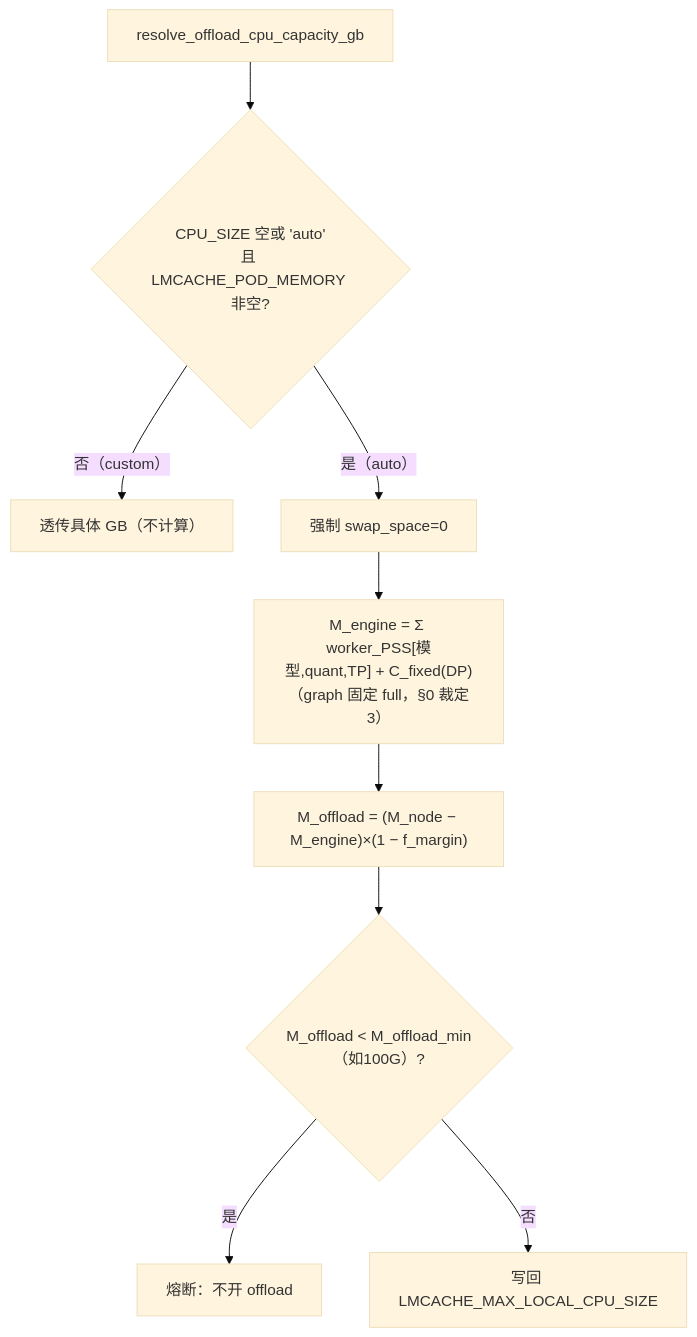
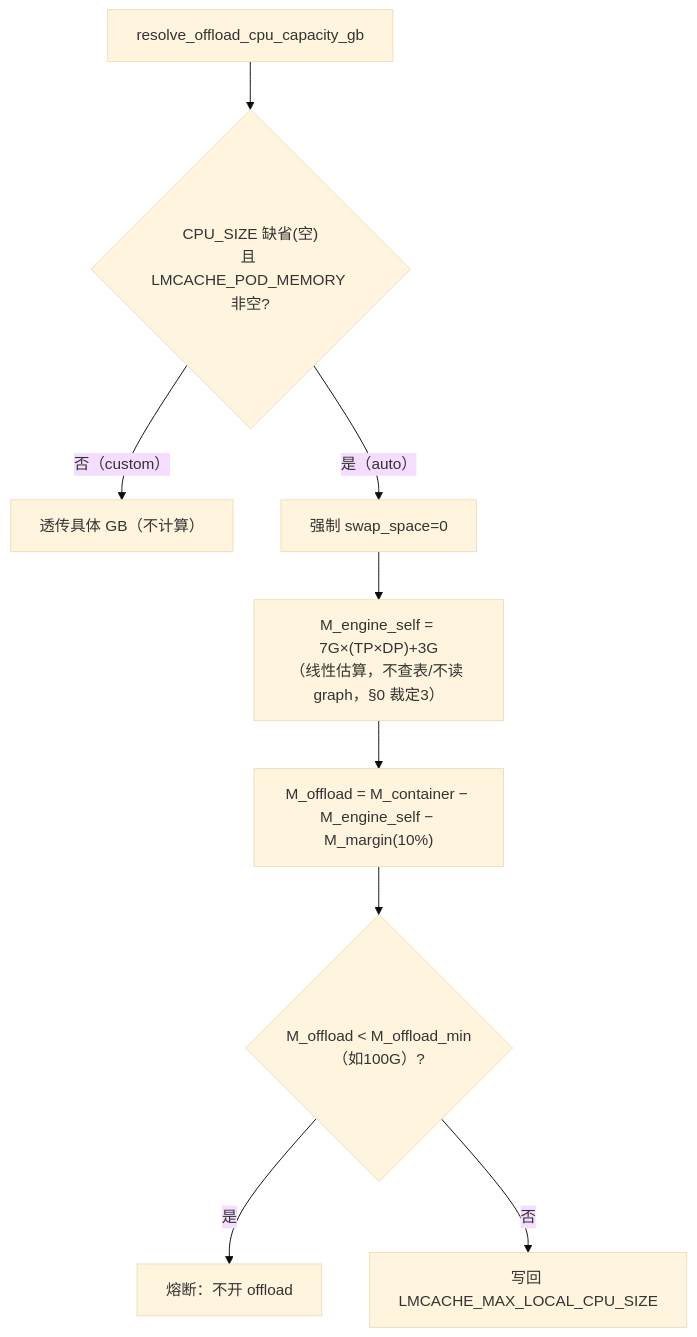
The sixth of 20 diagrams in xuqiu/smart/需求一-三特性使能.md (thegodloy-jpg/wings-control), drawn with Mermaid (base theme) before and after one commit. The commit also changed other lines of this file, not shown here.

First line of the commit message:
docs(smart): 折叠评审批注定稿 SPARSE_LEVEL + auto 不下发 + C4 线性容量公式

````diff
--- a/xuqiu/smart/需求一-三特性使能.md
+++ b/xuqiu/smart/需求一-三特性使能.md
@@ -553,11 +552,11 @@
 ```mermaid
 flowchart TD
-  A["resolve_offload_cpu_capacity_gb"] --> B{"CPU_SIZE 空或 'auto'<br/>且 LMCACHE_POD_MEMORY 非空?"}
+  A["resolve_offload_cpu_capacity_gb"] --> B{"CPU_SIZE 缺省(空)<br/>且 LMCACHE_POD_MEMORY 非空?"}
   B -- 否（custom） --> C["透传具体 GB（不计算）"]
   B -- 是（auto） --> D["强制 swap_space=0"]
-  D --> E["M_engine = Σ worker_PSS[模型,quant,TP] + C_fixed(DP)<br/>（graph 固定 full，§0 裁定3）"]
-  E --> F["M_offload = (M_node − M_engine)×(1 − f_margin)"]
+  D --> E["M_engine_self = 7G×(TP×DP)+3G<br/>（线性估算，不查表/不读 graph，§0 裁定3）"]
+  E --> F["M_offload = M_container − M_engine_self − M_margin(10%)"]
   F --> G{"M_offload < M_offload_min（如100G）?"}
   G -- 是 --> H["熔断：不开 offload"]
   G -- 否 --> I["写回 LMCACHE_MAX_LOCAL_CPU_SIZE"]
 ```
````
